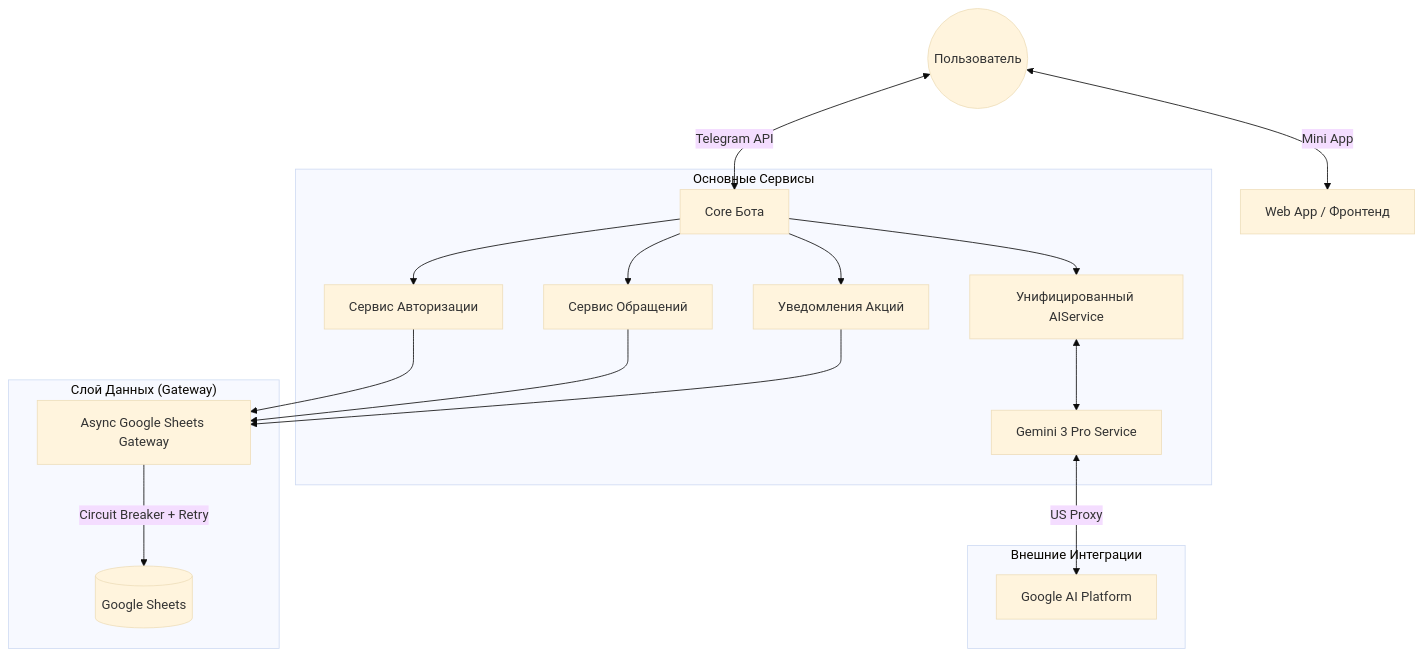
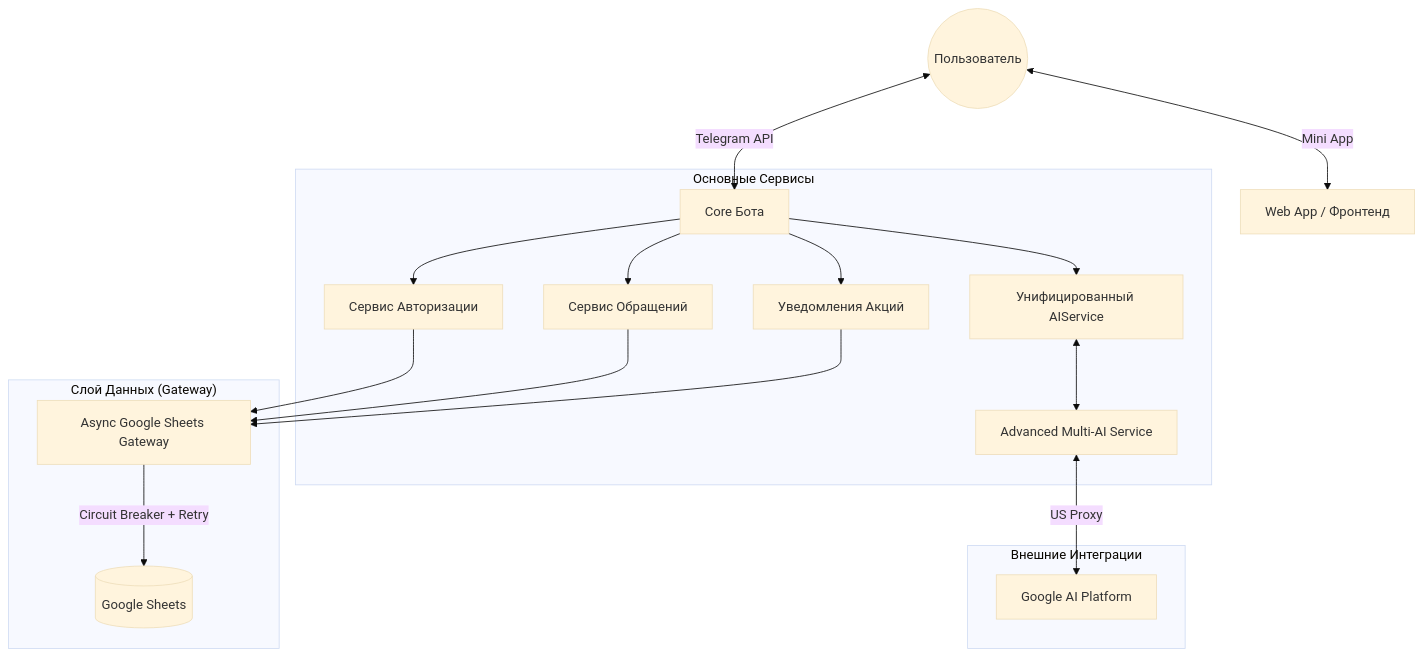
Before and after one commit to synthosaicreativestudio-maker/marketing: the diagram in docs/TECHNICAL_DOCUMENTATION_RU.md, drawn with Mermaid (base theme). The commit also changed other lines of this file and 3 other files, not shown here.

````diff
--- a/docs/TECHNICAL_DOCUMENTATION_RU.md
+++ b/docs/TECHNICAL_DOCUMENTATION_RU.md
@@ -23,24 +23,24 @@
 ```mermaid
 graph TD
     User((Пользователь)) <-->|Telegram API| Bot[Core Бота]
     User <-->|Mini App| WebApp[Web App / Фронтенд]
     
     subgraph "Основные Сервисы"
         Bot --> AuthService[Сервис Авторизации]
         Bot --> AppealsService[Сервис Обращений]
         Bot --> AIService[Унифицированный AIService]
-        AIService <--> GeminiService[Gemini 3 Pro Service]
+        AIService <--> GeminiService[Advanced Multi-AI Service]
         Bot --> Notifier[Уведомления Акций]
     end
     
     subgraph "Слой Данных (Gateway)"
         AuthService --> Gateway[Async Google Sheets Gateway]
         AppealsService --> Gateway
         Notifier --> Gateway
         Gateway -->|Circuit Breaker + Retry| GSheets[(Google Sheets)]
     end
     
     subgraph "Внешние Интеграции"
         GeminiService <-->|US Proxy| Gemini[Google AI Platform]
     end
 ```
````
